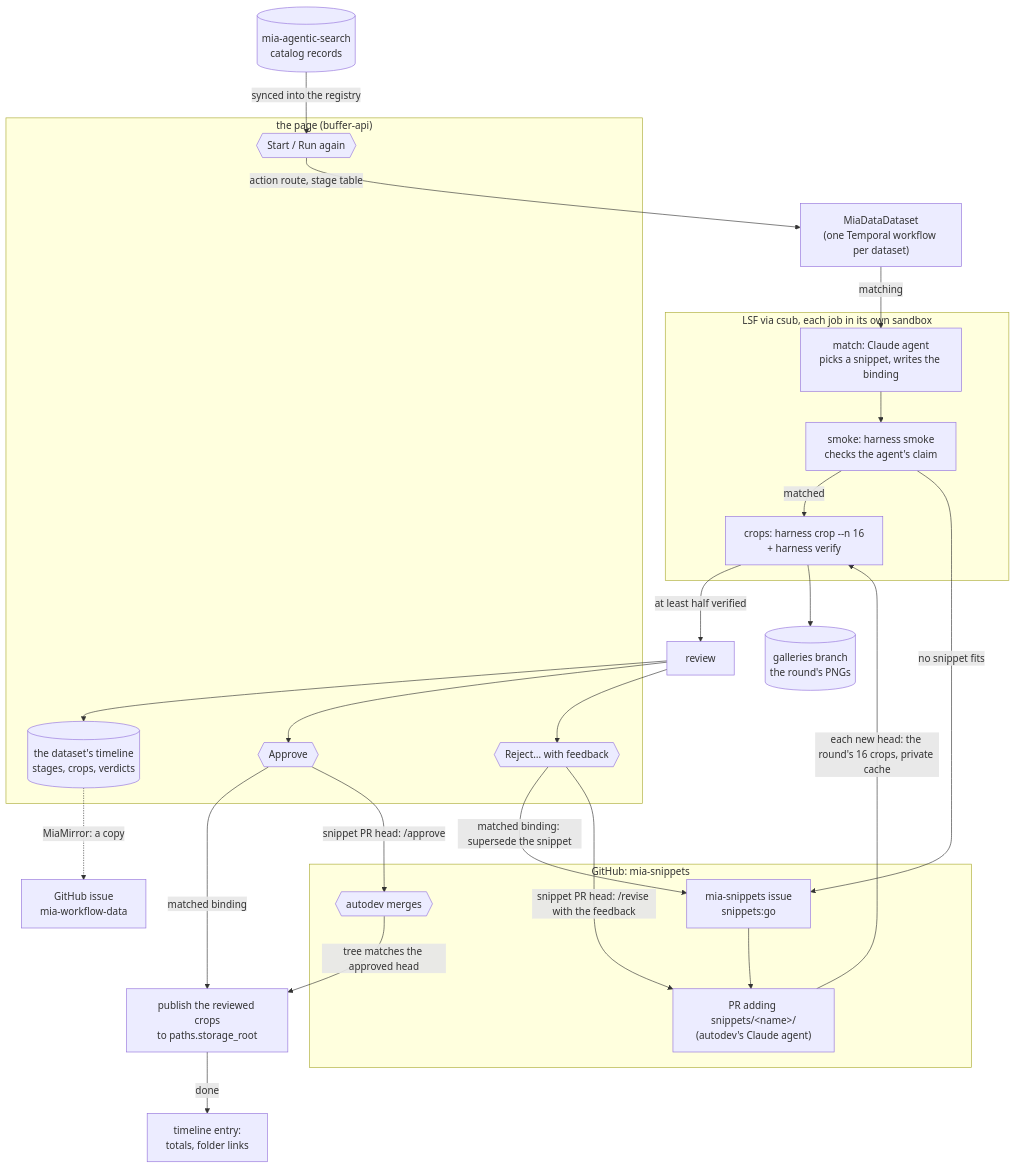
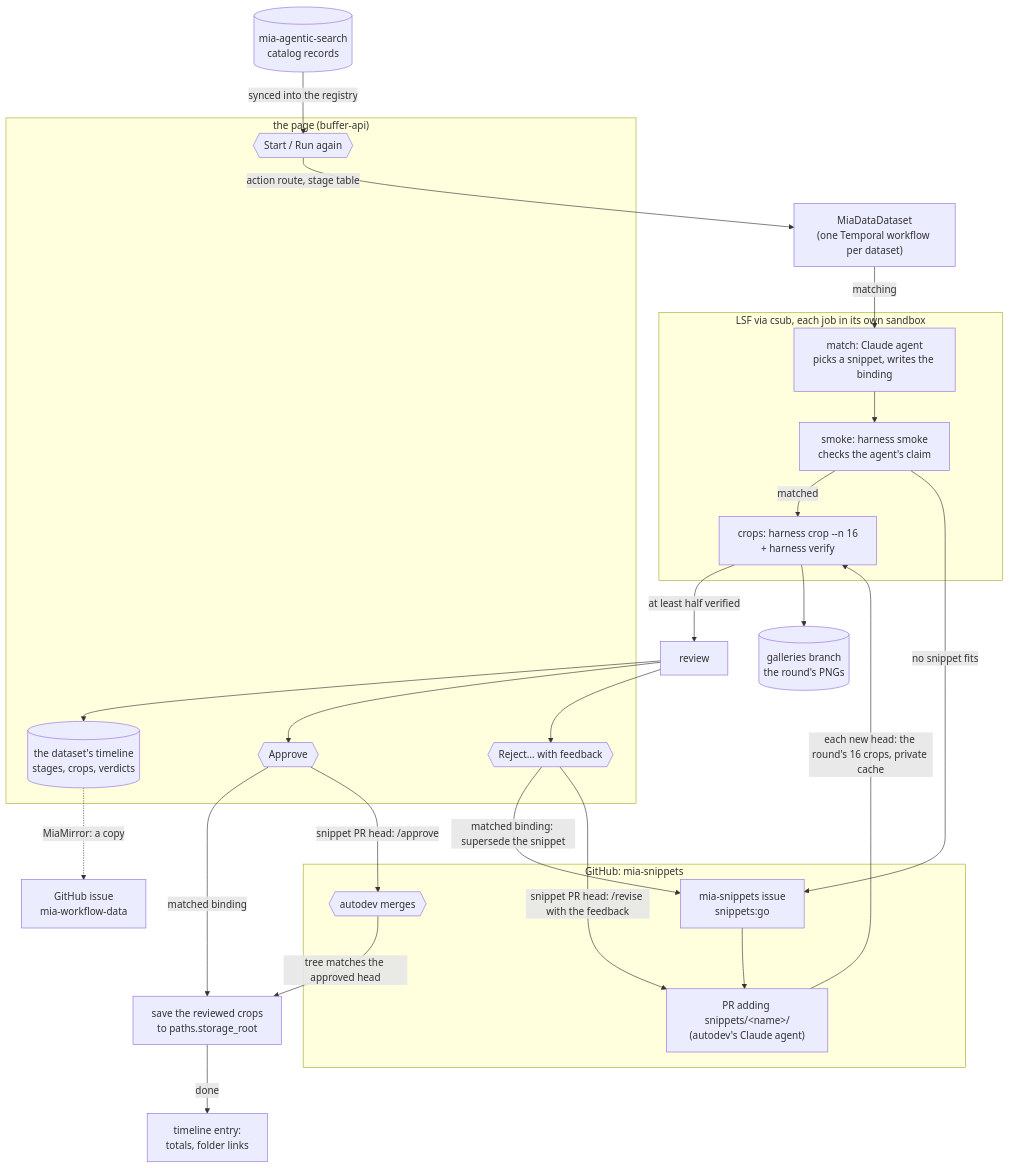
One commit to JaneliaSciComp/mia-workflows changed the diagram in docs/mia-data-workflow.md. Above: the diagram before and after it, drawn with Mermaid. The commit also changed other lines of this file and 14 other files, not shown here.

````diff
--- a/docs/mia-data-workflow.md
+++ b/docs/mia-data-workflow.md
@@ -7,45 +7,45 @@
 ```mermaid
 flowchart TD
     catalog[("mia-agentic-search<br/>catalog records")]
 
     subgraph page["the page (buffer-api)"]
         go{{"Start / Run again"}}
         approve{{"Approve"}}
         reject{{"Reject… with feedback"}}
         timeline[("the dataset's timeline<br/>stages, crops, verdicts")]
     end
 
     catalog -->|synced into the registry| go
     go -->|action route, stage table| wf["MiaDataDataset<br/>(one Temporal workflow per dataset)"]
 
     subgraph cluster["LSF via csub, each job in its own sandbox"]
         match["match: Claude agent<br/>picks a snippet, writes the binding"]
         smoke["smoke: harness smoke<br/>checks the agent's claim"]
         tcrop["crops: harness crop --n 16<br/>+ harness verify"]
     end
 
     wf -->|matching| match --> smoke
     smoke -->|matched| tcrop
     smoke -->|no snippet fits| dev
     tcrop -->|at least half verified| review["review"]
     tcrop --> gallery[("galleries branch<br/>the round's PNGs")]
     review --> timeline
     review --> approve
     review --> reject
-    approve -->|matched binding| publish["publish the reviewed crops<br/>to paths.storage_root"]
+    approve -->|matched binding| publish["save the reviewed crops<br/>to paths.storage_root"]
     approve -->|snippet PR head: /approve| merge
     reject -->|matched binding: supersede the snippet| dev
     reject -->|snippet PR head: /revise with the feedback| pr
     publish -->|done| done["timeline entry:<br/>totals, folder links"]
 
     subgraph snippets["GitHub: mia-snippets"]
         dev["mia-snippets issue<br/>snippets:go"]
         pr["PR adding snippets/&lt;name&gt;/<br/>(autodev's Claude agent)"]
         merge{{"autodev merges"}}
     end
 
     dev --> pr
     pr -->|each new head: the round's 16 crops, private cache| tcrop
     merge -->|tree matches the approved head| publish
     timeline -.->|MiaMirror: a copy| issue["GitHub issue<br/>mia-workflow-data"]
 ```
````
